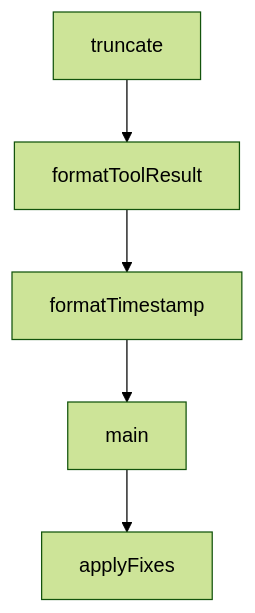
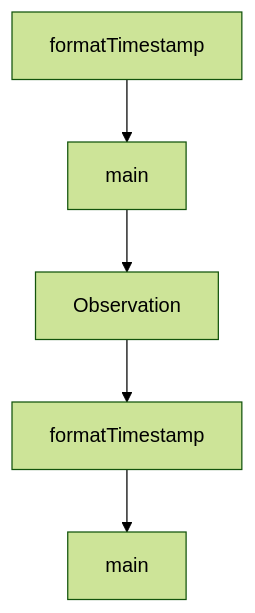
One commit to johnxie/awesome-code-docs changed the diagram in tutorials/claude-mem-tutorial/08-contribution-workflow-and-governance.md. Above: the diagram before and after it, drawn with Mermaid (forest theme). The commit also changed other lines of this file and 1232 other files, not shown here.

````diff
--- a/tutorials/claude-mem-tutorial/08-contribution-workflow-and-governance.md
+++ b/tutorials/claude-mem-tutorial/08-contribution-workflow-and-governance.md
@@ -225,12 +223,12 @@
 ```mermaid
 flowchart TD
-    A[truncate]
-    B[formatToolResult]
-    C[formatTimestamp]
-    D[main]
-    E[applyFixes]
+    A[formatTimestamp]
+    B[main]
+    C[Observation]
+    D[formatTimestamp]
+    E[main]
     A --> B
     B --> C
     C --> D
     D --> E
 ```
````
